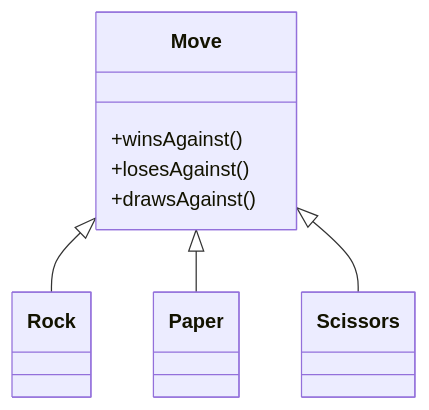
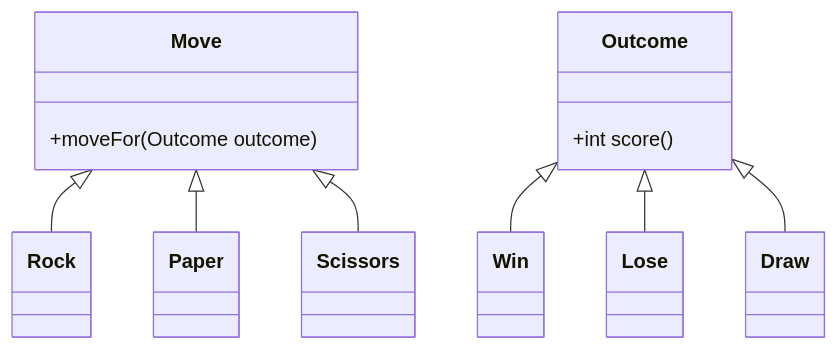
Before and after one commit to jamie-gernon/advent-of-code: the first of 2 diagrams in src/main/java/aoc/day02/rock-paper-scissors.md, drawn with Mermaid. The commit also changed other lines of this file and 7 other files, not shown here.

````diff
--- a/src/main/java/aoc/day02/rock-paper-scissors.md
+++ b/src/main/java/aoc/day02/rock-paper-scissors.md
@@ -1,13 +1,18 @@
 ```mermaid
 classDiagram
     Move <|-- Rock
     Move <|-- Paper
     Move <|-- Scissors
-
+    Outcome <|-- Win
+    Outcome <|-- Lose
+    Outcome <|-- Draw
+    
+    class Outcome{
+        +int score()
+    }
+    
     class Move{
-        +winsAgainst()
-        +losesAgainst()
-        +drawsAgainst()
+        +moveFor(Outcome outcome)
     }
     
 ```
````
